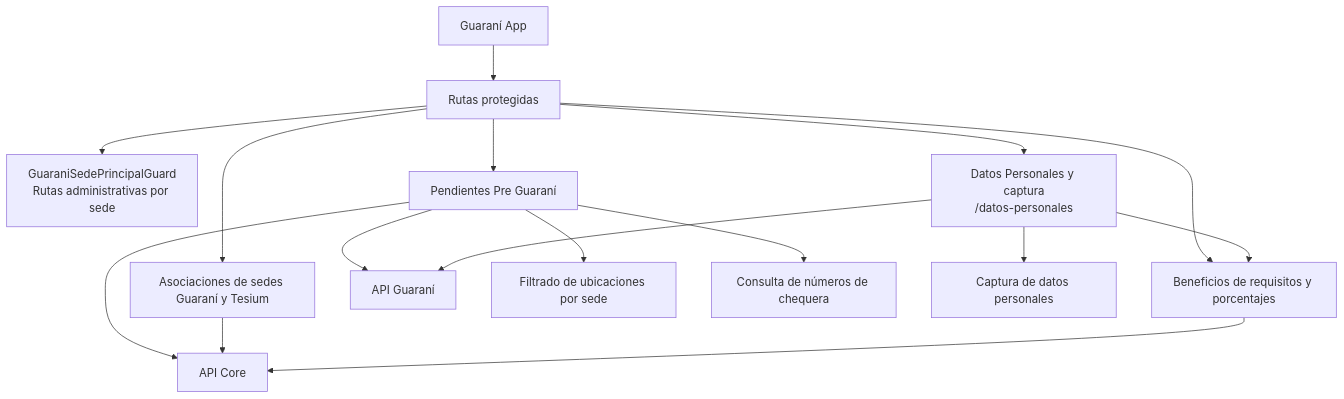
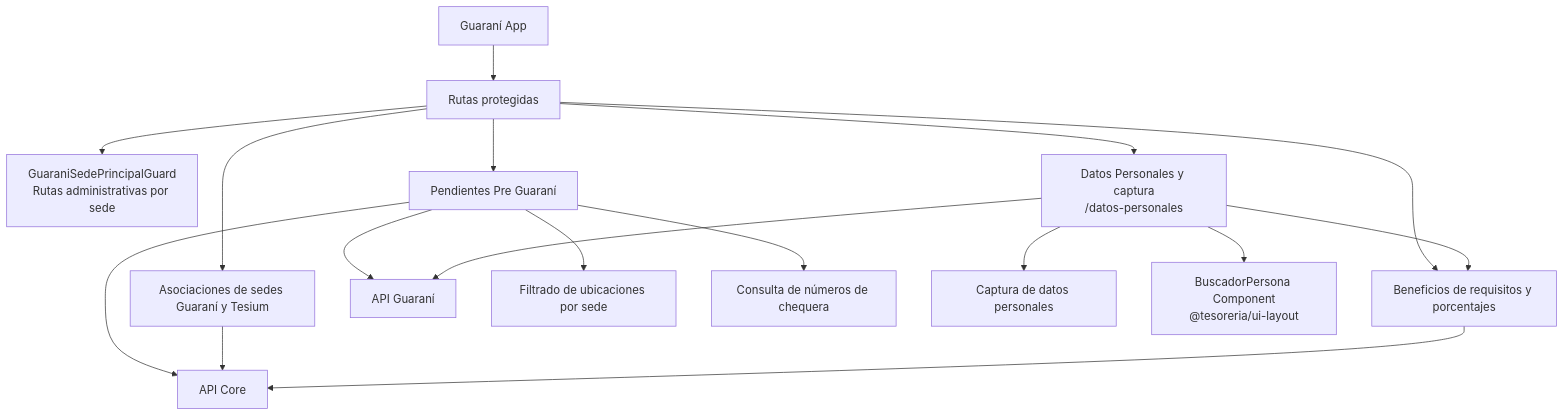
One commit to UM-services/UM.tesoreria.frontend-client changed the seventh of 8 diagrams in docs/architecture.md. Above: the diagram before and after it, drawn with Mermaid. The commit also changed other lines of this file and 2 other files, not shown here.

First line of the commit message:
docs: estrategia del buscador de personas

````diff
--- a/docs/architecture.md
+++ b/docs/architecture.md
@@ -218,19 +218,20 @@
 ```mermaid
 flowchart TD
     GuaraniApp["Guaraní App"] --> AppRoutes["Rutas protegidas"]
     AppRoutes --> SedeGuard["GuaraniSedePrincipalGuard<br/>Rutas administrativas por sede"]
     AppRoutes --> Pendientes["Pendientes Pre Guaraní"]
     AppRoutes --> Ubicaciones["Asociaciones de sedes Guaraní y Tesium"]
     AppRoutes --> Beneficios["Beneficios de requisitos y porcentajes"]
     AppRoutes --> Datos["Datos Personales y captura<br/>/datos-personales"]
 
     Pendientes --> GuaraniAPI["API Guaraní"]
     Pendientes --> SedeFilter["Filtrado de ubicaciones por sede"]
     Pendientes --> Chequeras["Consulta de números de chequera"]
     Pendientes --> CoreAPI
     Ubicaciones --> CoreAPI["API Core"]
     Beneficios --> CoreAPI
     Datos --> GuaraniAPI
     Datos --> Beneficios
     Datos --> Captura["Captura de datos personales"]
+    Datos --> BuscadorPersona["BuscadorPersona Component<br/>@tesoreria/ui-layout"]
 ```
````
